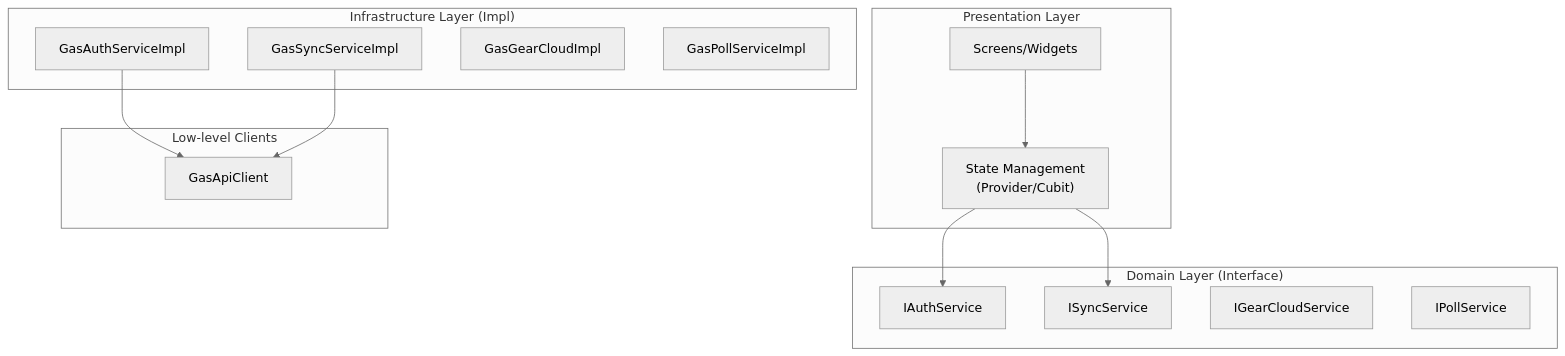
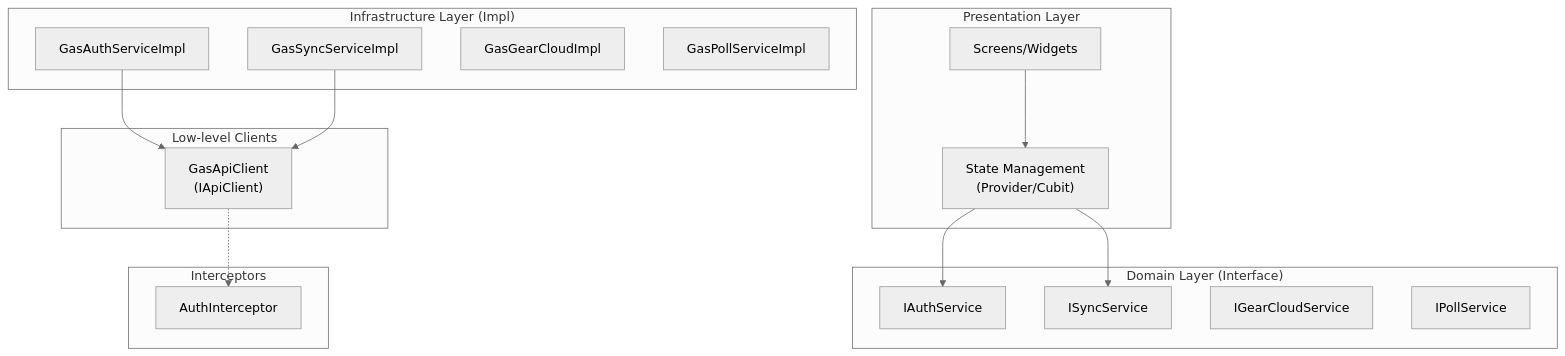
The fifth of 5 diagrams in docs/ARCHITECTURE_AND_SCHEMA.md (dectecx/SummitMate), drawn with Mermaid (neutral theme) before and after one commit. The commit also changed other lines of this file and 1 other file, not shown here.

First line of the commit message:
docs: update architecture docs for API client refactor

````diff
--- a/docs/ARCHITECTURE_AND_SCHEMA.md
+++ b/docs/ARCHITECTURE_AND_SCHEMA.md
@@ -593,31 +596,36 @@
 ```mermaid
 flowchart TB
     subgraph Presentation["Presentation Layer"]
         UI["Screens/Widgets"]
         SM["State Management<br>(Provider/Cubit)"]
     end
 
     subgraph Domain["Domain Layer (Interface)"]
         IAuth["IAuthService"]
         ISync["ISyncService"]
         IGear["IGearCloudService"]
         IPoll["IPollService"]
     end
 
     subgraph Infrastructure["Infrastructure Layer (Impl)"]
         GasAuth["GasAuthServiceImpl"]
         GasSync["GasSyncServiceImpl"]
         GasGear["GasGearCloudImpl"]
         GasPoll["GasPollServiceImpl"]
     end
 
     subgraph Clients["Low-level Clients"]
-        GC["GasApiClient"]
+        GC["GasApiClient<br>(IApiClient)"]
     end
 
     UI --> SM
     SM --> IAuth
     SM --> ISync
     GasAuth --> GC
     GasSync --> GC
+
+    subgraph "Interceptors"
+        AuthInt["AuthInterceptor"]
+    end
+    GC -.-> AuthInt
 ```
````
